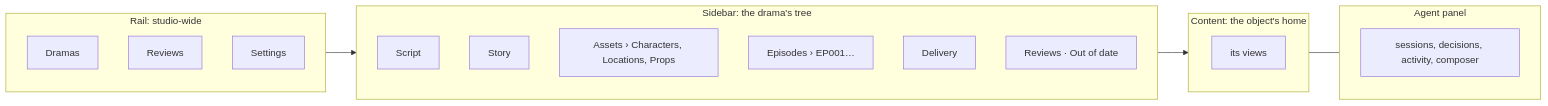
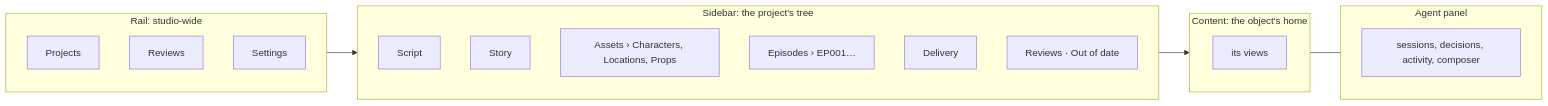
One commit to PineComputer/open-pinedrama changed the diagram in docs/studio/information-architecture.md. Above: the diagram before and after it, drawn with Mermaid. The commit also changed other lines of this file and 4 other files, not shown here.

````diff
--- a/docs/studio/information-architecture.md
+++ b/docs/studio/information-architecture.md
@@ -46,24 +46,24 @@
 ```mermaid
 flowchart LR
   subgraph Rail["Rail: studio-wide"]
-    R1[Dramas]
+    R1[Projects]
     R2[Reviews]
     R3[Settings]
   end
-  subgraph Tree["Sidebar: the drama's tree"]
+  subgraph Tree["Sidebar: the project's tree"]
     T1[Script]
     T2[Story]
     T3["Assets › Characters, Locations, Props"]
     T4["Episodes › EP001…"]
     T5[Delivery]
     T6[Reviews · Out of date]
   end
   subgraph Content["Content: the object's home"]
     C1[its views]
   end
   subgraph Agent["Agent panel"]
     A1[sessions, decisions, activity, composer]
   end
   Rail --> Tree --> Content
   Content --- Agent
 ```
````
